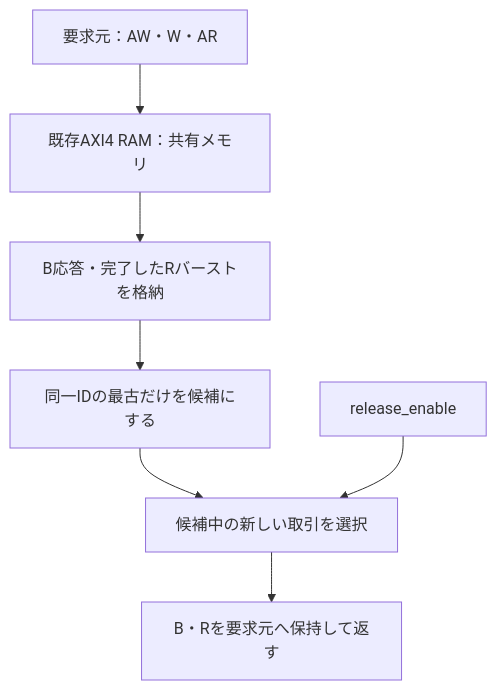
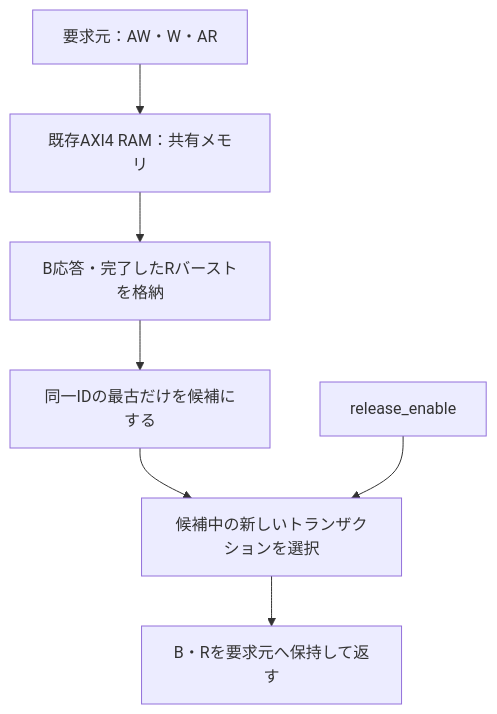
Before and after one commit to kurochan001/lsi-verification-method: the first of 2 diagrams in examples/local-axi-reorder/README.md, drawn with Mermaid. The commit also changed other lines of this file and 91 other files, not shown here.

````diff
--- a/examples/local-axi-reorder/README.md
+++ b/examples/local-axi-reorder/README.md
@@ -7,10 +7,10 @@
 ```mermaid
 flowchart TD
   accTitle: 同一IDの順序を保つ応答スケジューラー
   accDescr: 既存RAMの応答をバッファへ取り込み、各IDの先頭から選んで返す。
   M["要求元：AW・W・AR"] --> U["既存AXI4 RAM：共有メモリ"]
   U --> B["B応答・完了したRバーストを格納"]
   B --> Q["同一IDの最古だけを候補にする"]
-  Q --> S["候補中の新しい取引を選択"] --> O["B・Rを要求元へ保持して返す"]
+  Q --> S["候補中の新しいトランザクションを選択"] --> O["B・Rを要求元へ保持して返す"]
   E["release_enable"] --> S
 ```
````
